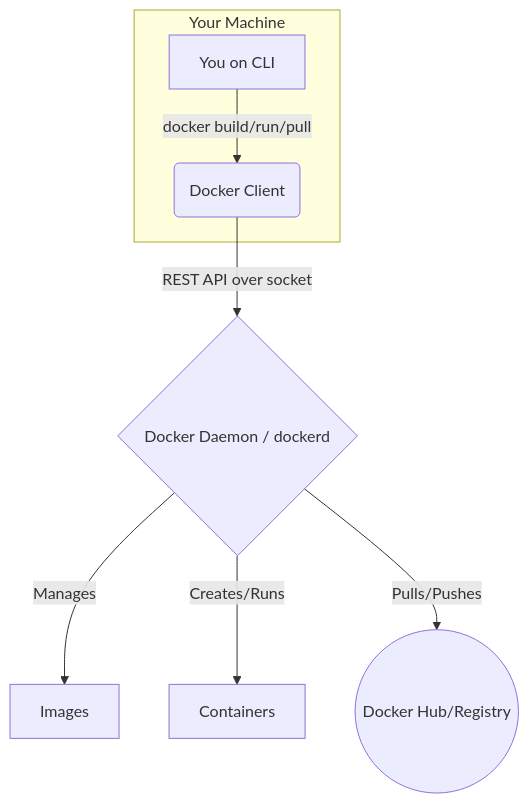
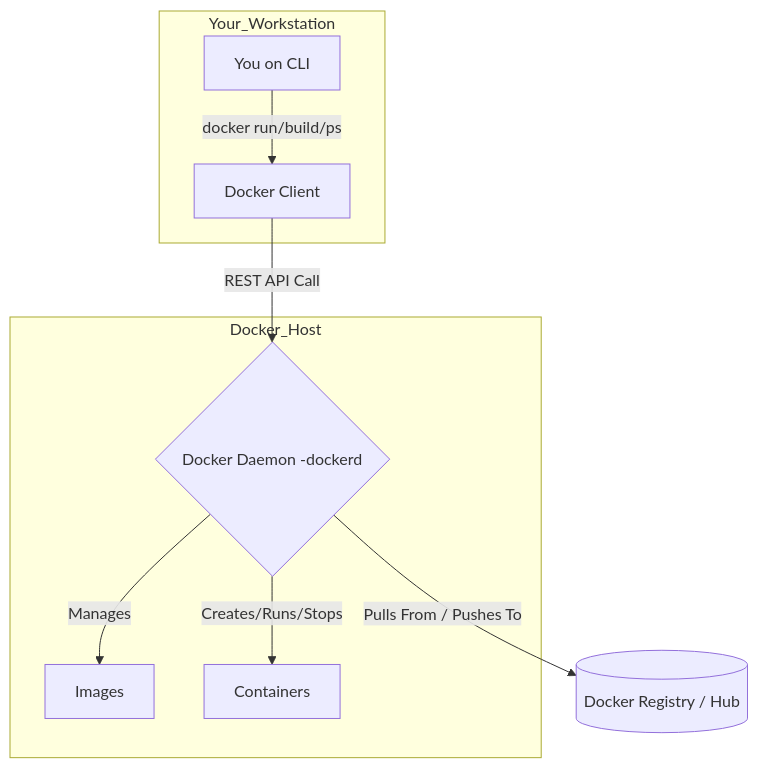
Before and after one commit to Ashjha75/MyDocs: the diagram in src/content/docs/devops/docker/basics.md, drawn with Mermaid. The commit also changed other lines of this file, not shown here.

````diff
--- a/src/content/docs/devops/docker/basics.md
+++ b/src/content/docs/devops/docker/basics.md
@@ -21,10 +32,16 @@
-    ```mermaid
-    graph TD
-        subgraph Your Machine
-            A[You on CLI] -- docker build/run/pull --> B(Docker Client)
-        end
-        B -- REST API over socket --> C{Docker Daemon / dockerd}
-        C -- Manages --> D[Images]
-        C -- Creates/Runs --> E[Containers]
-        C -- Pulls/Pushes --> F((Docker Hub/Registry))
-    ```
+```mermaid
+graph TD
+    subgraph Your_Workstation
+        A[You on CLI] -->|docker run/build/ps| B[Docker Client]
+    end
+
+    B -->|REST API Call| C{Docker Daemon -dockerd}
+
+    subgraph Docker_Host
+        C -->|Manages| D[Images]
+        C -->|Creates/Runs/Stops| E[Containers]
+    end
+
+    C -->|Pulls From / Pushes To| F[(Docker Registry / Hub)]
+
+```
````
